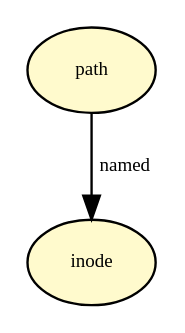
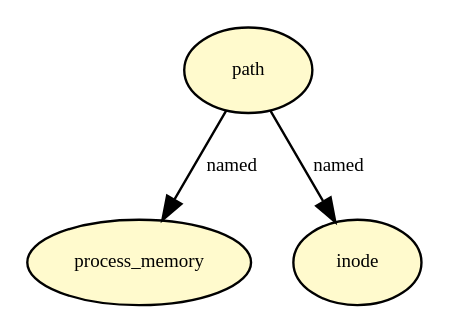
The diagram in docs/dot/inode_alloc_security.dot (CamFlow/camflow-dev), drawn with Graphviz before and after one commit. The commit also changed 52 other files, not shown here.

```diff
--- a/docs/dot/inode_alloc_security.dot
+++ b/docs/dot/inode_alloc_security.dot
@@ -1,7 +1,11 @@
 digraph RGL__DirectedAdjacencyGraph {path[fontsize = 8,label = path,shape = ellipse, fillcolor="#fffacd", style = filled]
+
+process_memory[fontsize = 8,label = process_memory,shape = ellipse, fillcolor="#fffacd", style = filled]
+
+path -> process_memory[fontsize = 8,label = named]
 
 inode[fontsize = 8,label = inode,shape = ellipse, fillcolor="#fffacd", style = filled]
 
 path -> inode[fontsize = 8,label = named]
 
 }
```
